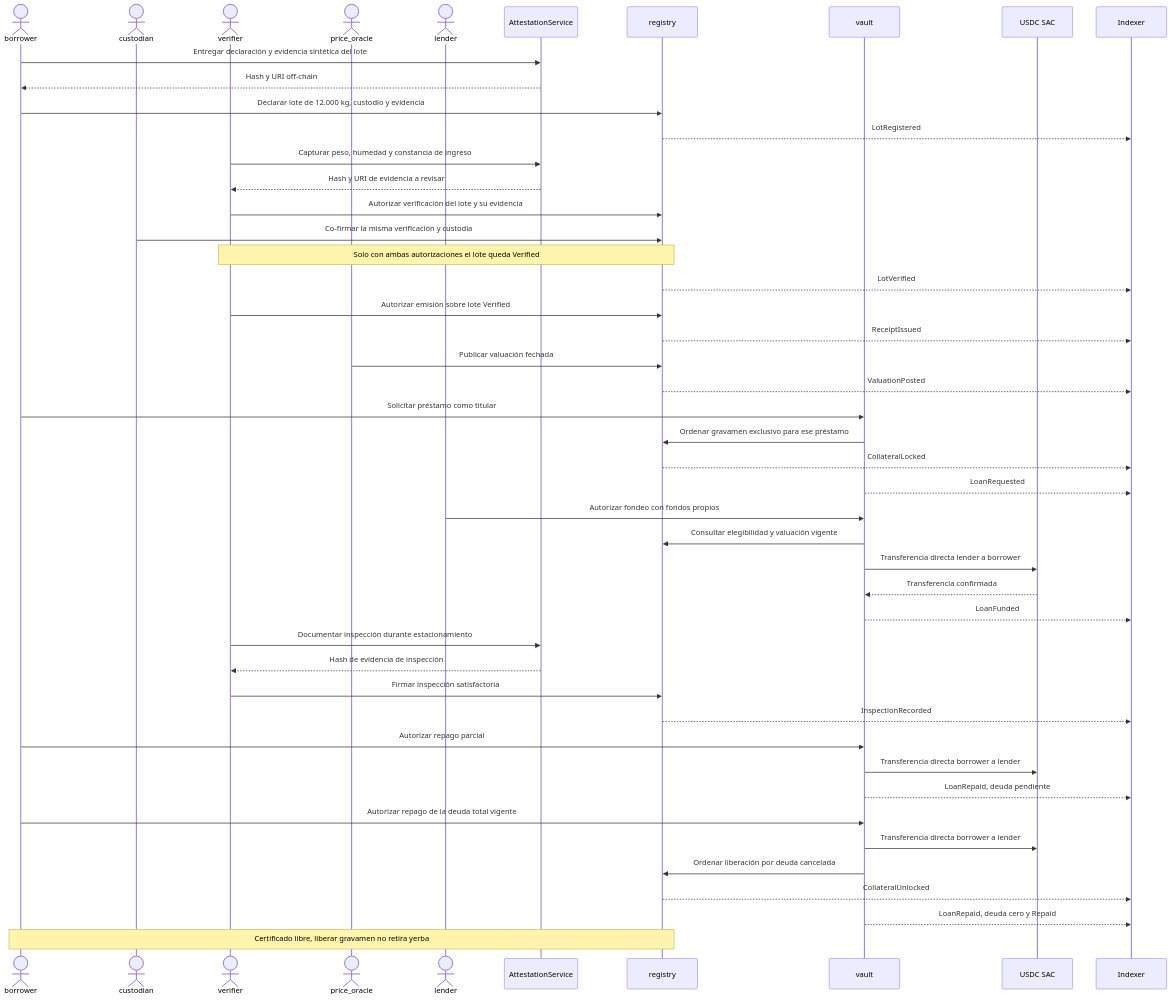
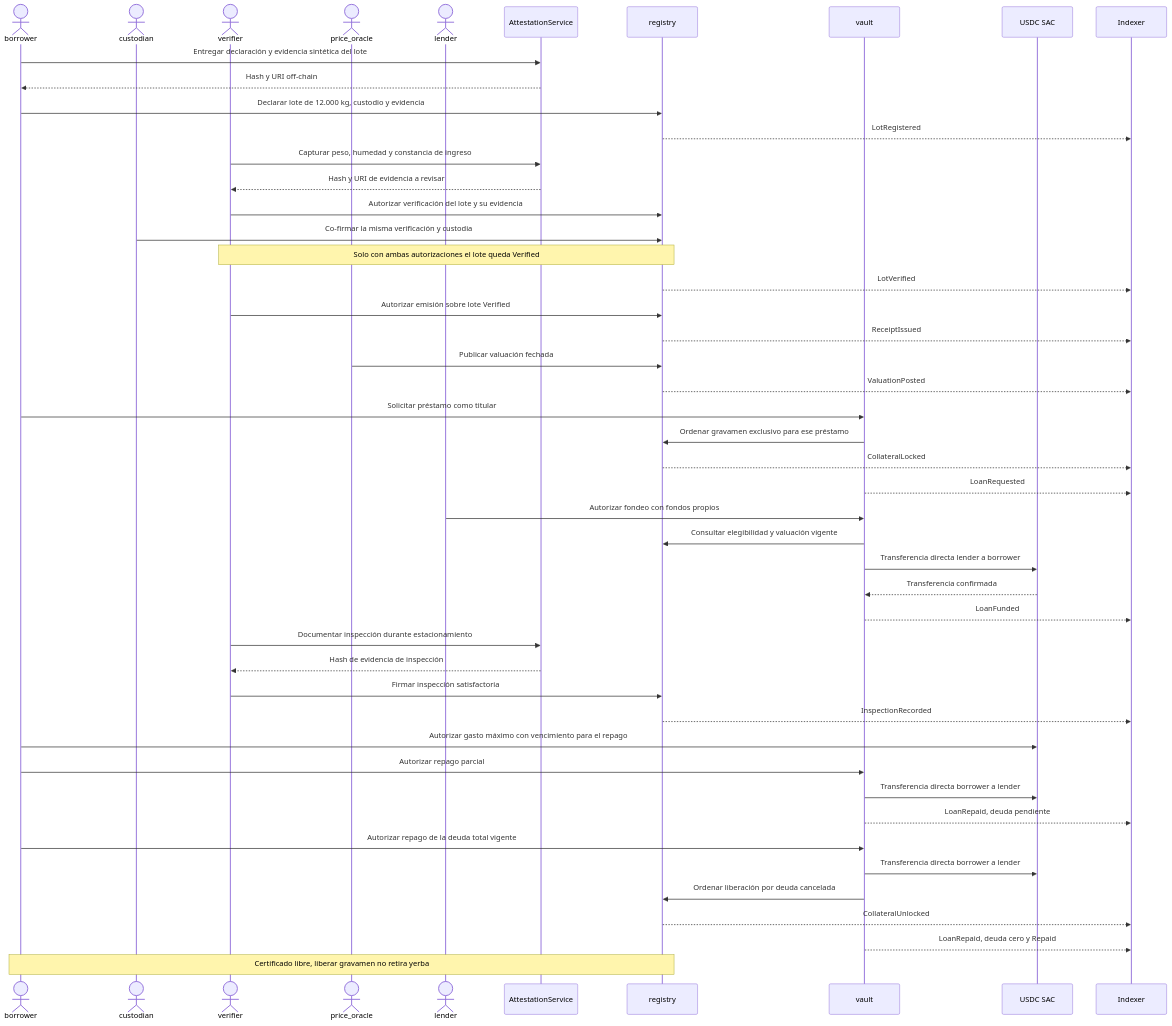
The third of 9 diagrams in docs/architecture.md (ReyesKevinJ/YerbaCapital), drawn with Mermaid before and after one commit. The commit also changed other lines of this file and 68 other files, not shown here.

````diff
--- a/docs/architecture.md
+++ b/docs/architecture.md
@@ -201,49 +201,50 @@
 ```mermaid
 sequenceDiagram
     actor Borrower as borrower
     actor Custodian as custodian
     actor Verifier as verifier
     actor Oracle as price_oracle
     actor Lender as lender
     participant Evidence as AttestationService
     participant Registry as registry
     participant Vault as vault
     participant Asset as USDC SAC
     participant Indexer
     Borrower->>Evidence: Entregar declaración y evidencia sintética del lote
     Evidence-->>Borrower: Hash y URI off-chain
     Borrower->>Registry: Declarar lote de 12.000 kg, custodio y evidencia
     Registry-->>Indexer: LotRegistered
     Verifier->>Evidence: Capturar peso, humedad y constancia de ingreso
     Evidence-->>Verifier: Hash y URI de evidencia a revisar
     Verifier->>Registry: Autorizar verificación del lote y su evidencia
     Custodian->>Registry: Co-firmar la misma verificación y custodia
     Note over Verifier,Registry: Solo con ambas autorizaciones el lote queda Verified
     Registry-->>Indexer: LotVerified
     Verifier->>Registry: Autorizar emisión sobre lote Verified
     Registry-->>Indexer: ReceiptIssued
     Oracle->>Registry: Publicar valuación fechada
     Registry-->>Indexer: ValuationPosted
     Borrower->>Vault: Solicitar préstamo como titular
     Vault->>Registry: Ordenar gravamen exclusivo para ese préstamo
     Registry-->>Indexer: CollateralLocked
     Vault-->>Indexer: LoanRequested
     Lender->>Vault: Autorizar fondeo con fondos propios
     Vault->>Registry: Consultar elegibilidad y valuación vigente
     Vault->>Asset: Transferencia directa lender a borrower
     Asset-->>Vault: Transferencia confirmada
     Vault-->>Indexer: LoanFunded
     Verifier->>Evidence: Documentar inspección durante estacionamiento
     Evidence-->>Verifier: Hash de evidencia de inspección
     Verifier->>Registry: Firmar inspección satisfactoria
     Registry-->>Indexer: InspectionRecorded
+    Borrower->>Asset: Autorizar gasto máximo con vencimiento para el repago
     Borrower->>Vault: Autorizar repago parcial
     Vault->>Asset: Transferencia directa borrower a lender
     Vault-->>Indexer: LoanRepaid, deuda pendiente
     Borrower->>Vault: Autorizar repago de la deuda total vigente
     Vault->>Asset: Transferencia directa borrower a lender
     Vault->>Registry: Ordenar liberación por deuda cancelada
     Registry-->>Indexer: CollateralUnlocked
     Vault-->>Indexer: LoanRepaid, deuda cero y Repaid
     Note over Borrower,Registry: Certificado libre, liberar gravamen no retira yerba
 ```
````
